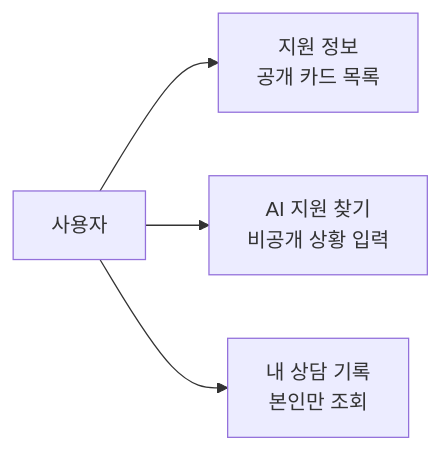
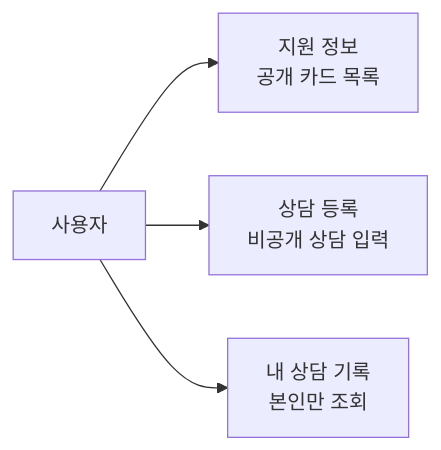
One commit to JUNGLE-TEAM1/W16_team_sprint changed the first of 4 diagrams in docs3/pivot-3/mvp-direction-and-data-plan.md. Above: the diagram before and after it, drawn with Mermaid. The commit also changed other lines of this file and 3 other files, not shown here.

````diff
--- a/docs3/pivot-3/mvp-direction-and-data-plan.md
+++ b/docs3/pivot-3/mvp-direction-and-data-plan.md
@@ -34,11 +36,11 @@
 ```mermaid
 flowchart LR
     User["사용자"]
     PublicBoard["지원 정보<br/>공개 카드 목록"]
-    AiMatch["AI 지원 찾기<br/>비공개 상황 입력"]
+    AiMatch["상담 등록<br/>비공개 상담 입력"]
     MyRecords["내 상담 기록<br/>본인만 조회"]
 
     User --> PublicBoard
     User --> AiMatch
     User --> MyRecords
 ```
````
